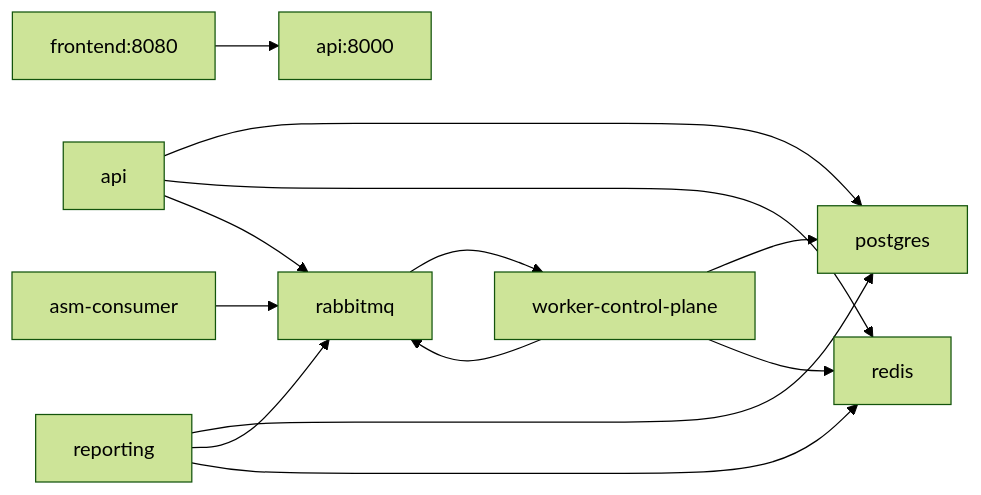
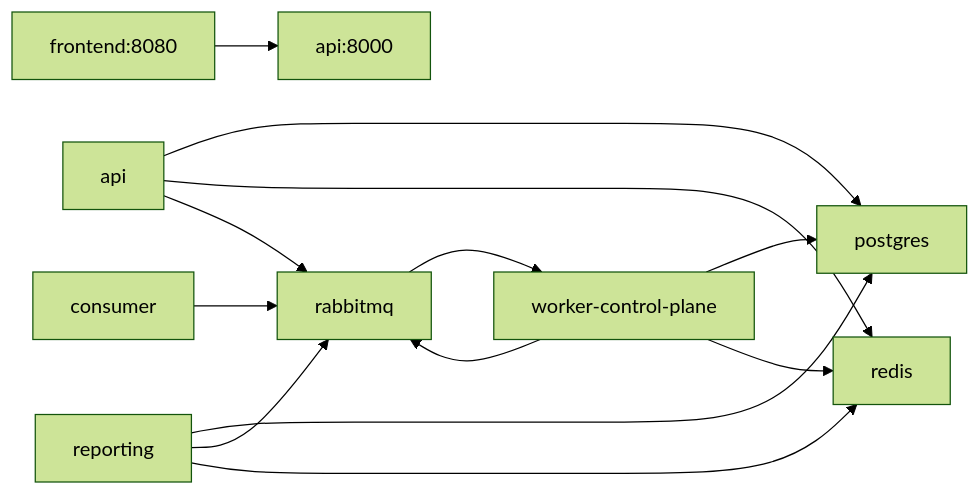
The diagram in docs/01_developer_guide/infra.md (pankajneema/cyberSentinel), drawn with Mermaid (forest theme) before and after one commit. The commit also changed other lines of this file and 182 other files, not shown here.

````diff
--- a/docs/01_developer_guide/infra.md
+++ b/docs/01_developer_guide/infra.md
@@ -25,8 +25,8 @@
 ```mermaid
 flowchart LR
   frontend:8080 --> api:8000
   api --> postgres & redis & rabbitmq
-  asm-consumer --> rabbitmq --> worker-control-plane
+  consumer --> rabbitmq --> worker-control-plane
   worker-control-plane --> postgres & redis & rabbitmq
   reporting --> postgres & rabbitmq & redis
 ```
````
